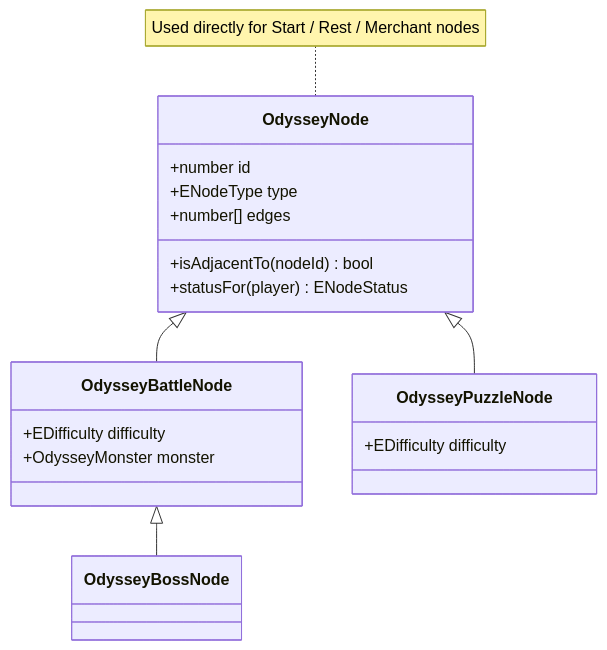
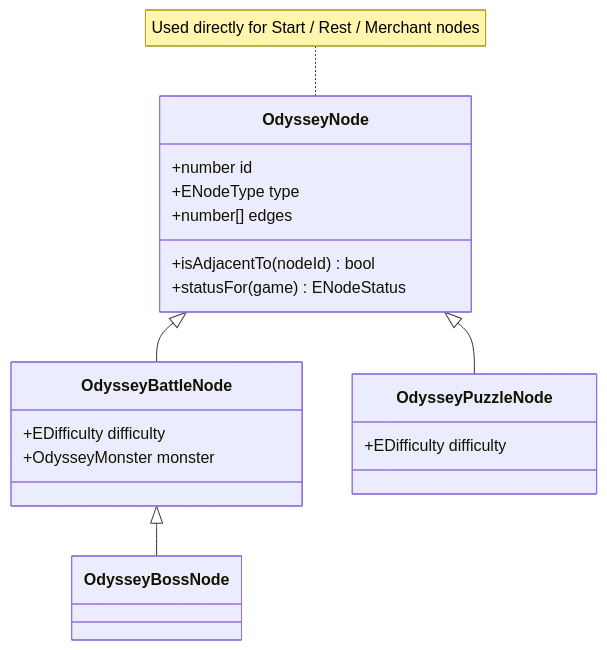
One commit to CHANDRAHARSHIT/Chess-Project changed the second of 3 diagrams in story-mode-backend-models/README.md. Above: the diagram before and after it, drawn with Mermaid. The commit also changed other lines of this file and 91 other files, not shown here.

Commit message:
Rework Odyssey model layer: split Player/Game, add unit tests

````diff
--- a/story-mode-backend-models/README.md
+++ b/story-mode-backend-models/README.md
@@ -87,24 +98,24 @@
 ```mermaid
 classDiagram
     class OdysseyNode {
         +number id
         +ENodeType type
         +number[] edges
         +isAdjacentTo(nodeId) bool
-        +statusFor(player) ENodeStatus
+        +statusFor(game) ENodeStatus
     }
     class OdysseyBattleNode {
         +EDifficulty difficulty
         +OdysseyMonster monster
     }
     class OdysseyBossNode
     class OdysseyPuzzleNode {
         +EDifficulty difficulty
     }
 
     OdysseyNode <|-- OdysseyBattleNode
     OdysseyBattleNode <|-- OdysseyBossNode
     OdysseyNode <|-- OdysseyPuzzleNode
 
     note for OdysseyNode "Used directly for Start / Rest / Merchant nodes"
 ```
````
